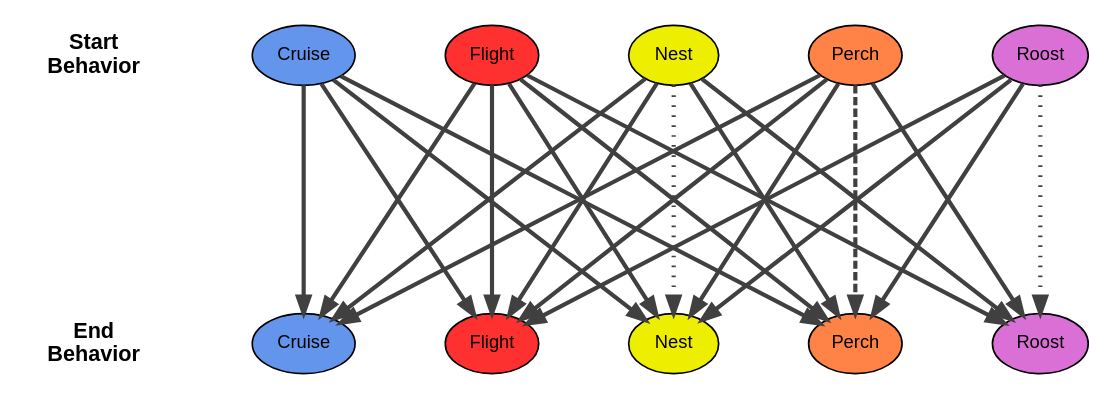
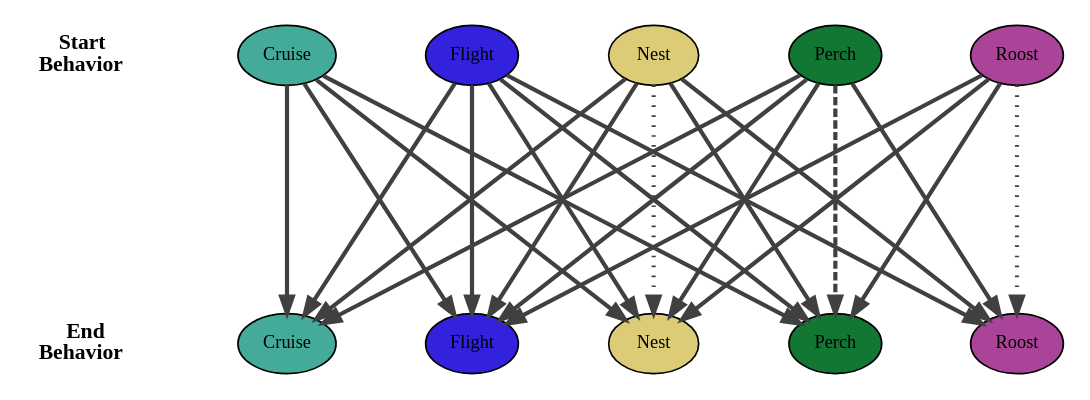
One commit to Blakemassey/baea_ibm changed the diagram in R/Graphviz/StepType_Options.gv. Above: the diagram before and after it, drawn with Graphviz. The commit also changed 16 other files, not shown here.

Commit message:
Added flowchart for behavior transitions.

```diff
--- a/R/Graphviz/StepType_Options.gv
+++ b/R/Graphviz/StepType_Options.gv
@@ -1,84 +1,84 @@
 digraph G {
   rankdir = TB;
   forcelabels = true;
+  fontname = "Modern Computer";
   graph [margin = 0, pad = 0, ranksep = 1.9, nodesep = .75,  color = black];
 
-  node [shape = plaintext, fontsize = 13; fontname = "Helvetica-Bold"];
-  start01[label = "Start\nBehavior"]
-  end02[label = "End\nBehavior"]
+  node [shape = plaintext, fontsize = 13; fontname = "Modern Computer"];
+  start01[label = <<b>Start<br/>Behavior</b>>]
+  end02[label = <<b>End<br/>Behavior</b>>]
 
-  node [shape = oval, style = "filled",  fontsize = 11;
-    fontname = "Helvetica"];
-  c01 [label = "Cruise", fillcolor = CornFlowerBlue];
-  f01 [label = "Flight", fillcolor = FireBrick1];
-  n01 [label = "Nest",  fillcolor = Yellow2];
-  p01 [label = "Perch",  fillcolor = Sienna1];
-  r01 [label = "Roost",  fillcolor = Orchid];
+  node [shape = oval, style = "filled",  fontsize = 11];
+  c01 [label = "Cruise", fillcolor = "#44AA99"];
+  f01 [label = "Flight", fillcolor = "#3322DD"];
+  n01 [label = "Nest",  fillcolor = "#DDCC77"];
+  p01 [label = "Perch",  fillcolor = "#117733"];
+  r01 [label = "Roost",  fillcolor = "#AA4499"];
 
-  c02 [label = "Cruise", fillcolor = CornFlowerBlue];
-  f02 [label = "Flight", fillcolor = FireBrick1];
-  n02 [label = "Nest",  fillcolor = Yellow2];
-  p02 [label = "Perch",  fillcolor = Sienna1];
-  r02 [label = "Roost",  fillcolor = Orchid];
+  c02 [label = "Cruise", fillcolor = "#44AA99"];
+  f02 [label = "Flight", fillcolor = "#3322DD"];
+  n02 [label = "Nest",  fillcolor = "#DDCC77"];
+  p02 [label = "Perch",  fillcolor = "#117733"];
+  r02 [label = "Roost",  fillcolor = "#AA4499"];
 
 	edge[color = grey25, style = solid, dir = front, penwidth = 2.5, ];
 
 	subgraph cluster_0 {
 	  edge[style = invis, dir = front, penwidth = 2.5];
 		start01 -> end02;
 		color = invis
 	}
 
 	subgraph cluster_1 {
 		c01 -> c02;
 		color = invis
 	}
 
 	subgraph cluster_2 {
 		f01 -> f02;
 		color = invis
 	}
 	subgraph cluster_3 {
 	  edge[color = grey25, style = dotted];
 		n01 -> n02;
 		color = invis
 	}
 	subgraph cluster_4 {
 		edge[color = gray25, style = dashed];
 		p01 -> p02;
 		color = invis
 	}
 	subgraph cluster_5 {
 		edge[color = gray25, style = dotted];
 		r01 -> r02;
 		color = invis
 	}
 
   edge[color = grey25, style = solid];
 	c01 -> f02;
 	c01 -> n02;
   c01 -> p02;
 
   f01 -> c02;
   f01 -> n02;
   f01 -> p02;
   f01 -> r02;
 
   n01 -> c02;
   n01 -> f02;
   n01 -> p02;
   n01 -> r02;
 
   p01 -> c02;
   p01 -> f02;
   p01 -> n02;
   p01 -> r02;
 
   r01 -> f02;
   r01 -> n02;
   r01 -> p02;
 
   edge[color = invis, arrowhead = none];
 	c01 -> r02;  # Keeps Cruise, Flight, Nest, Perch, Roost in L -> R order
 
 }
```
